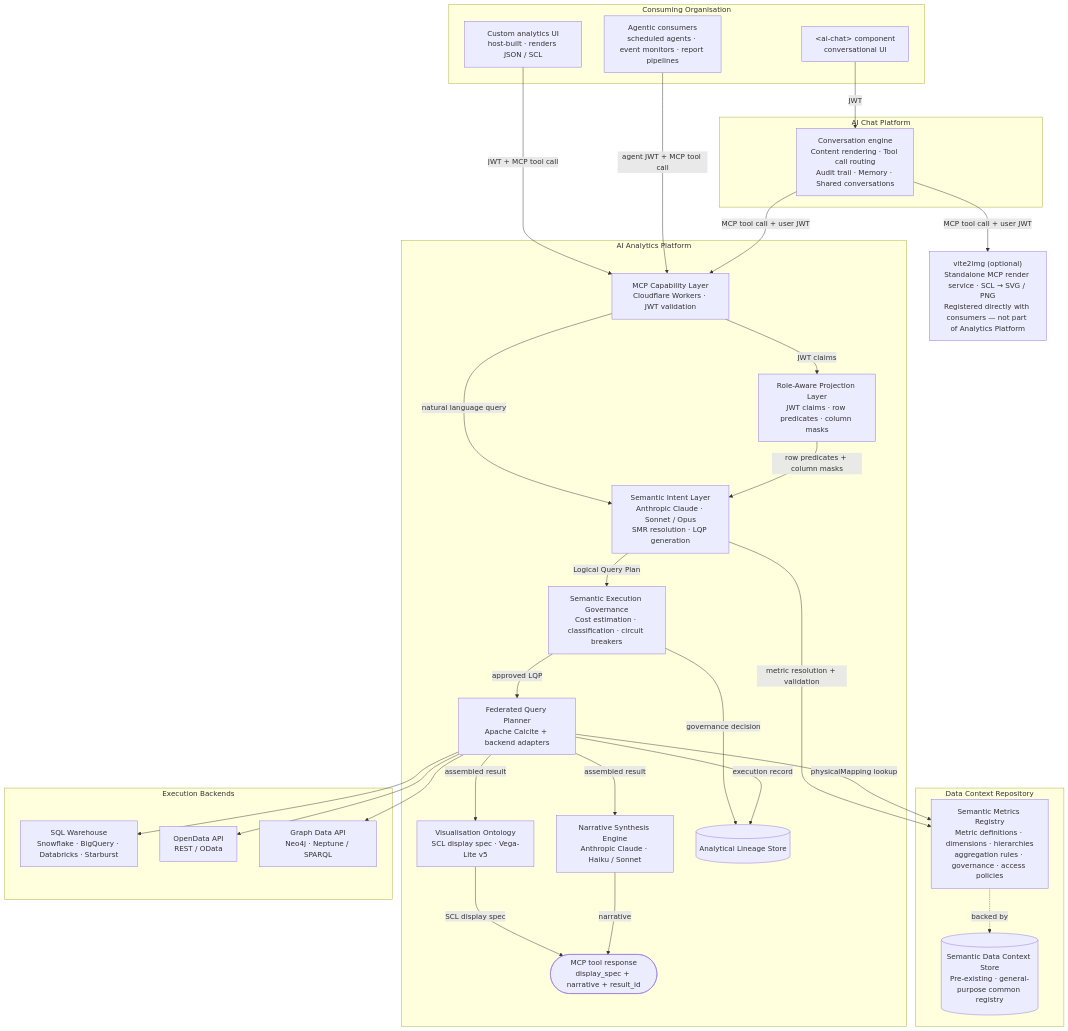
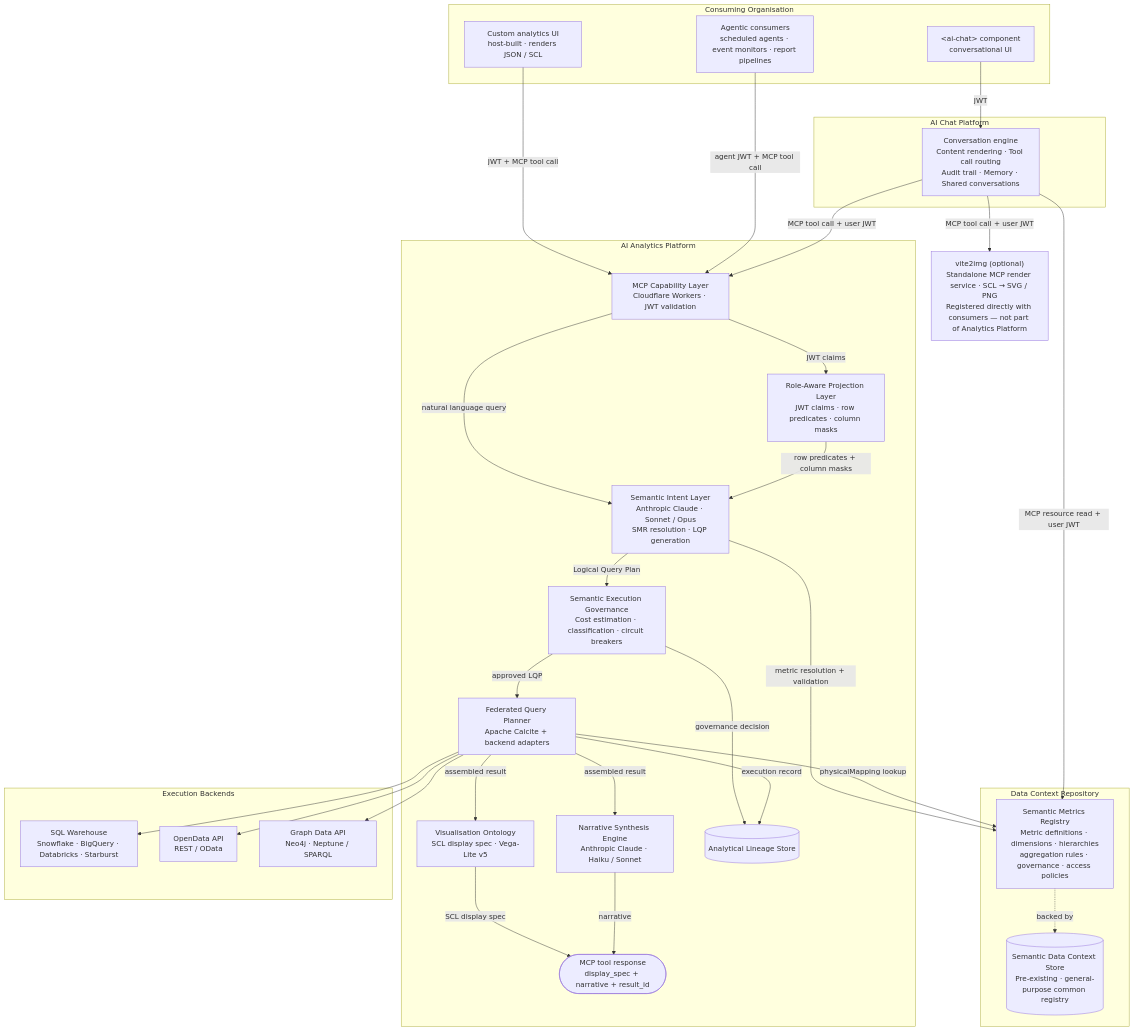
The first of 6 diagrams in docs/product/analytics/03-core-capabilities.md (M-A-Operating-System/shared-work), drawn with Mermaid before and after one commit. The commit also changed other lines of this file, not shown here.

First line of the commit message:
Add AI Chat Platform → SMR direct MCP resource read to architecture diagram

````diff
--- a/docs/product/analytics/03-core-capabilities.md
+++ b/docs/product/analytics/03-core-capabilities.md
@@ -11,58 +11,59 @@
 ```mermaid
 flowchart TD
     subgraph org["Consuming Organisation"]
         ChatComp["&lt;ai-chat&gt; component\nconversational UI"]
         CustomUI["Custom analytics UI\nhost-built · renders JSON / SCL"]
         Agents["Agentic consumers\nscheduled agents · event monitors · report pipelines"]
     end
 
     subgraph aichat["AI Chat Platform"]
         ChatEngine["Conversation engine\nContent rendering · Tool call routing\nAudit trail · Memory · Shared conversations"]
     end
 
     subgraph analytics["AI Analytics Platform"]
         MCP["MCP Capability Layer\nCloudflare Workers · JWT validation"]
         SIL["Semantic Intent Layer\nAnthropic Claude · Sonnet / Opus\nSMR resolution · LQP generation"]
         RAPL["Role-Aware Projection Layer\nJWT claims · row predicates · column masks"]
         SEG["Semantic Execution Governance\nCost estimation · classification · circuit breakers"]
         FQP["Federated Query Planner\nApache Calcite + backend adapters"]
         VO["Visualisation Ontology\nSCL display spec · Vega-Lite v5"]
         NSE["Narrative Synthesis Engine\nAnthropic Claude · Haiku / Sonnet"]
         LS[("Analytical Lineage Store")]
         Result(["MCP tool response\ndisplay_spec + narrative + result_id"])
     end
 
     vite2img["vite2img (optional)\nStandalone MCP render service · SCL → SVG / PNG\nRegistered directly with consumers — not part of Analytics Platform"]
 
     subgraph dcr["Data Context Repository"]
         SMR["Semantic Metrics Registry\nMetric definitions · dimensions · hierarchies\naggregation rules · governance · access policies"]
         DCS[("Semantic Data Context Store\nPre-existing · general-purpose common registry")]
         SMR -. backed by .-> DCS
     end
 
     subgraph backends["Execution Backends"]
         SQL["SQL Warehouse\nSnowflake · BigQuery · Databricks · Starburst"]
         ODA["OpenData API\nREST / OData"]
         GDA["Graph Data API\nNeo4j · Neptune / SPARQL"]
     end
 
     ChatComp -->|"JWT"| ChatEngine
     CustomUI -->|"JWT + MCP tool call"| MCP
     Agents -->|"agent JWT + MCP tool call"| MCP
     ChatEngine -->|"MCP tool call + user JWT"| MCP
+    ChatEngine -->|"MCP resource read + user JWT"| SMR
     ChatEngine -->|"MCP tool call + user JWT"| vite2img
     MCP -->|"natural language query"| SIL
     MCP -->|"JWT claims"| RAPL
     RAPL -->|"row predicates + column masks"| SIL
     SIL -->|"metric resolution + validation"| SMR
     SIL -->|"Logical Query Plan"| SEG
     SEG -->|"approved LQP"| FQP
     SEG -->|"governance decision"| LS
     FQP -->|"physicalMapping lookup"| SMR
     FQP --> SQL & ODA & GDA
     FQP -->|"execution record"| LS
     FQP -->|"assembled result"| VO
     FQP -->|"assembled result"| NSE
     VO -->|"SCL display spec"| Result
     NSE -->|"narrative"| Result
 ```
````
